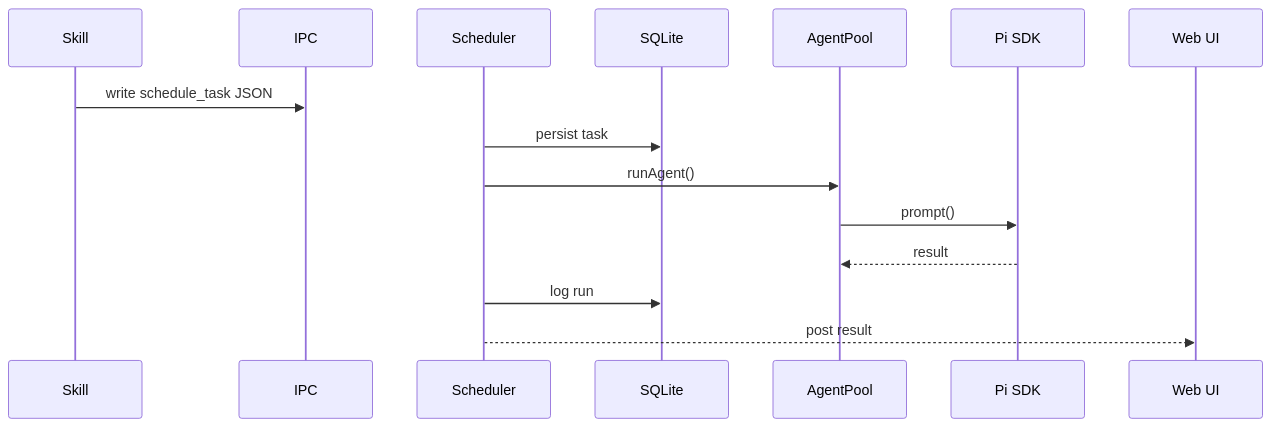
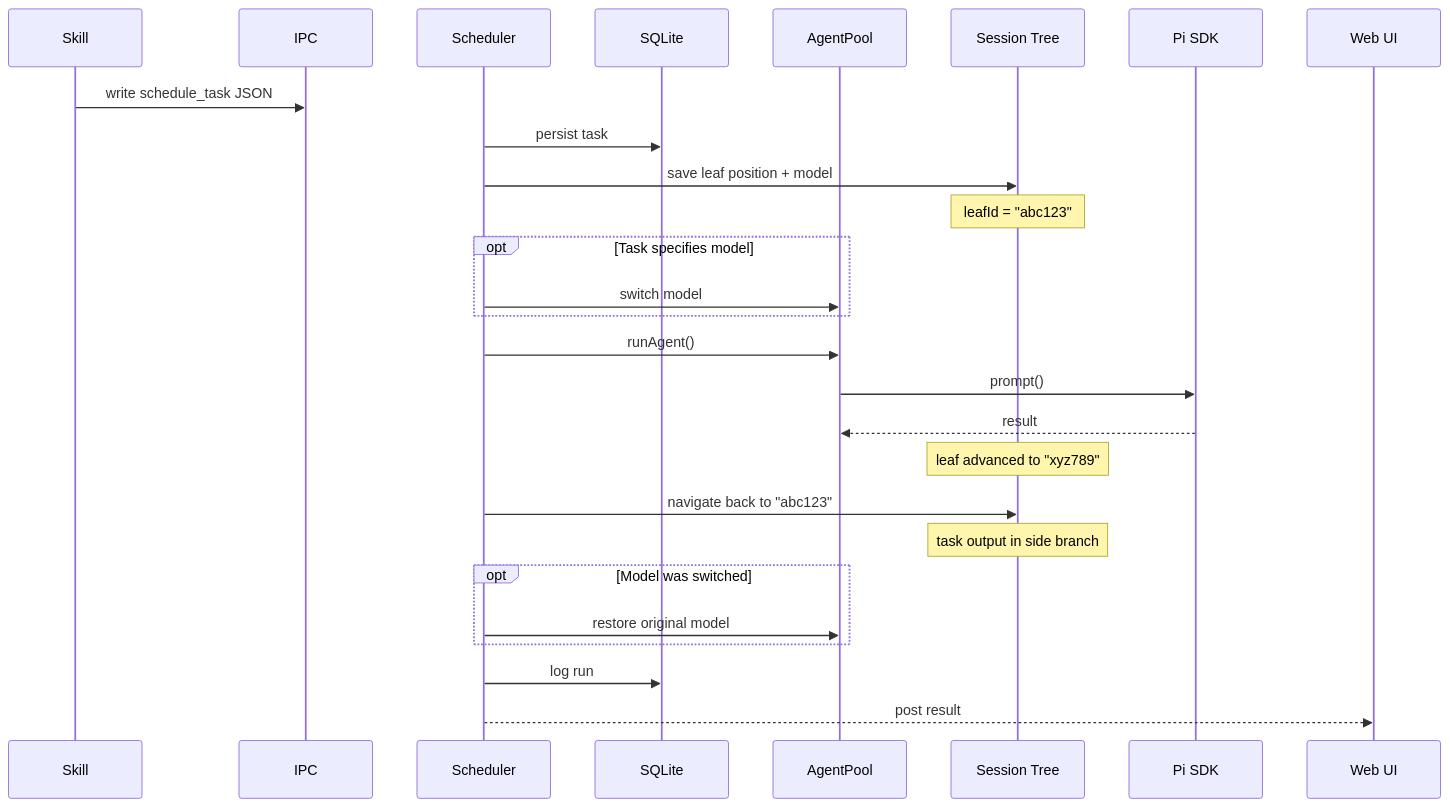
The second of 2 diagrams in docs/runtime-flows.md (aliceisjustplaying/piclaw), drawn with Mermaid before and after one commit. The commit also changed other lines of this file and 10 other files, not shown here.

First line of the commit message:
Isolate scheduled tasks via session tree + update docs and live skills

````diff
--- a/docs/runtime-flows.md
+++ b/docs/runtime-flows.md
@@ -33,18 +37,30 @@
 ```mermaid
 sequenceDiagram
   participant Skill
   participant IPC
   participant Scheduler
   participant DB as SQLite
   participant Pool as AgentPool
+  participant Tree as Session Tree
   participant Pi as Pi SDK
   participant Web as Web UI
 
   Skill->>IPC: write schedule_task JSON
   Scheduler->>DB: persist task
+  Scheduler->>Tree: save leaf position + model
+  Note over Tree: leafId = "abc123"
+  opt Task specifies model
+    Scheduler->>Pool: switch model
+  end
   Scheduler->>Pool: runAgent()
   Pool->>Pi: prompt()
   Pi-->>Pool: result
+  Note over Tree: leaf advanced to "xyz789"
+  Scheduler->>Tree: navigate back to "abc123"
+  Note over Tree: task output in side branch
+  opt Model was switched
+    Scheduler->>Pool: restore original model
+  end
   Scheduler->>DB: log run
   Scheduler-->>Web: post result
 ```
````
